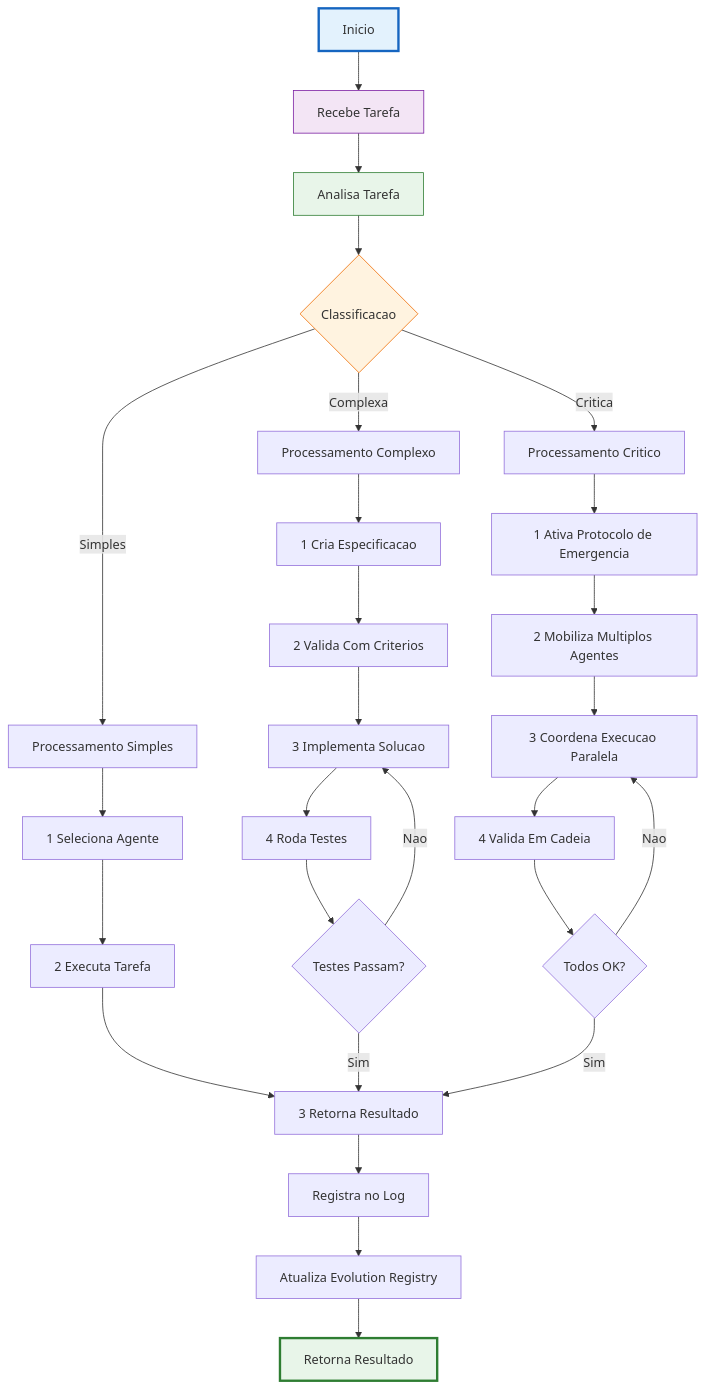
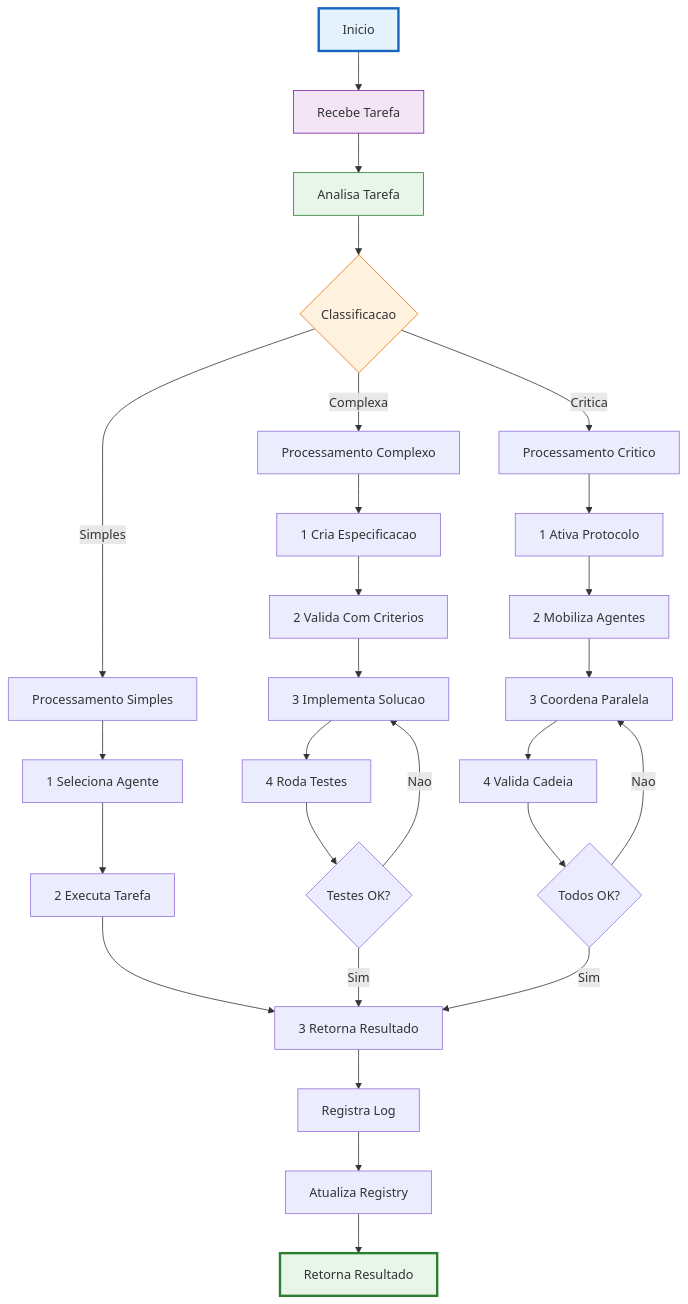
One commit to MarceloClaro/opencode-ecosystem-core changed the fourth of 22 diagrams in README.md. Above: the diagram before and after it, drawn with Mermaid. The commit also changed other lines of this file, not shown here.

First line of the commit message:
feat(docs): fix flowcharts, add themes, translate datasets to Portuguese

````diff
--- a/README.md
+++ b/README.md
@@ -325,44 +305,43 @@
 ```mermaid
 flowchart TD
-    START2["Inicio"] --> REC["Recebe Tarefa"]
-    REC --> PARSE["Analisa Tarefa"]
-    PARSE --> CLASS{"Classificacao"}
+    START2[Inicio] --> REC[Recebe Tarefa]
+    REC --> PARSE[Analisa Tarefa]
+    PARSE --> CLASS{Classificacao}
 
-    CLASS -->|"Simples"| SIMPLE["Processamento Simples"]
-    CLASS -->|"Complexa"| COMPLEX["Processamento Complexo"]
-    CLASS -->|"Critica"| CRITICAL["Processamento Critico"]
+    CLASS -->|Simples| SIMPLE[Processamento Simples]
+    CLASS -->|Complexa| COMPLEX[Processamento Complexo]
+    CLASS -->|Critica| CRITICAL[Processamento Critico]
 
-    SIMPLE --> S1["1 Seleciona Agente"]
-    COMPLEX --> C1["1 Cria Especificacao"]
-    CRITICAL --> CR1["1 Ativa Protocolo de Emergencia"]
+    SIMPLE --> S1[1 Seleciona Agente]
+    COMPLEX --> C1[1 Cria Especificacao]
+    CRITICAL --> CR1[1 Ativa Protocolo]
 
-    S1 --> S2["2 Executa Tarefa"]
-    C1 --> C2["2 Valida Com Criterios"]
-    CR1 --> CR2["2 Mobiliza Multiplos Agentes"]
+    S1 --> S2[2 Executa Tarefa]
+    C1 --> C2[2 Valida Com Criterios]
+    CR1 --> CR2[2 Mobiliza Agentes]
 
-    S2 --> S3["3 Retorna Resultado"]
-    C2 --> C3["3 Implementa Solucao"]
-    CR2 --> CR3["3 Coordena Execucao Paralela"]
+    S2 --> S3[3 Retorna Resultado]
+    C2 --> C3[3 Implementa Solucao]
+    CR2 --> CR3[3 Coordena Paralela]
 
-    C3 --> C4["4 Roda Testes"]
-    CR3 --> CR4["4 Valida Em Cadeia"]
+    C3 --> C4[4 Roda Testes]
+    CR3 --> CR4[4 Valida Cadeia]
 
-    C4 --> C5{"Testes Passam?"}
-    CR4 --> CR5{"Todos OK?"}
+    C4 --> C5{Testes OK?}
+    CR4 --> CR5{Todos OK?}
 
     C5 -->|Sim| S3
     C5 -->|Nao| C3
-
     CR5 -->|Sim| S3
     CR5 -->|Nao| CR3
 
-    S3 --> LOG["Registra no Log"]
-    LOG --> EVO2["Atualiza Evolution Registry"]
-    EVO2 --> RETURN2["Retorna Resultado"]
+    S3 --> LOG[Registra Log]
+    LOG --> EVO2[Atualiza Registry]
+    EVO2 --> RETURN2[Retorna Resultado]
 
     style START2 fill:#e3f2fd,stroke:#1565c0,stroke-width:3px
     style REC fill:#f3e5f5,stroke:#7b1fa2
     style PARSE fill:#e8f5e9,stroke:#2e7d32
     style CLASS fill:#fff3e0,stroke:#ef6c00
     style RETURN2 fill:#e8f5e9,stroke:#2e7d32,stroke-width:3px
 ```
````
